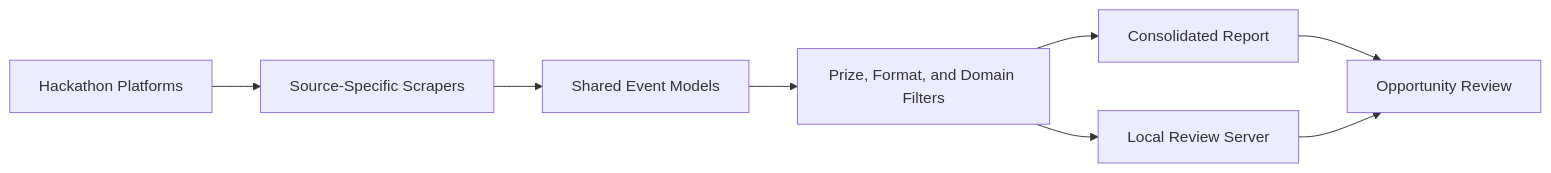
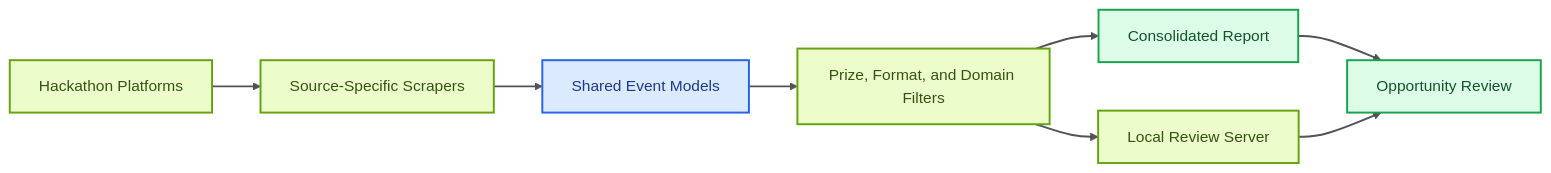
Before and after one commit to skx56/Hack-Search: the diagram in README.md, drawn with Mermaid.

Commit message:
Colorize README architecture diagram

````diff
--- a/README.md
+++ b/README.md
@@ -29,10 +29,20 @@
 ```mermaid
 flowchart LR
   Platforms["Hackathon Platforms"] --> Adapters["Source-Specific Scrapers"]
   Adapters --> Models["Shared Event Models"]
   Models --> Focus["Prize, Format, and Domain Filters"]
   Focus --> Report["Consolidated Report"]
   Focus --> Server["Local Review Server"]
   Report --> Review["Opportunity Review"]
   Server --> Review
+
+  classDef inputs fill:#FEE2E2,stroke:#DC2626,color:#7F1D1D,stroke-width:2px;
+  classDef process fill:#ECFCCB,stroke:#65A30D,color:#365314,stroke-width:2px;
+  classDef data fill:#DBEAFE,stroke:#2563EB,color:#1E3A8A,stroke-width:2px;
+  classDef agent fill:#FAE8FF,stroke:#C026D3,color:#701A75,stroke-width:2px;
+  classDef output fill:#DCFCE7,stroke:#16A34A,color:#14532D,stroke-width:2px;
+  class Platforms,Adapters,Focus,Server process;
+  class Models data;
+  class Report,Review output;
+  linkStyle default stroke:#52525B,stroke-width:2px;
 ```
````
